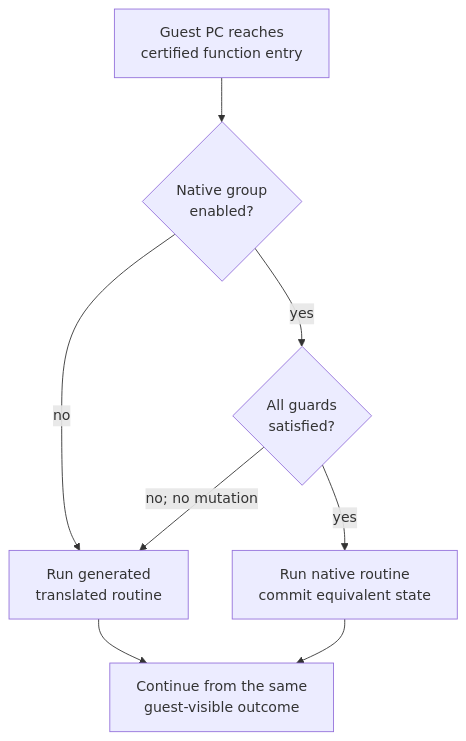
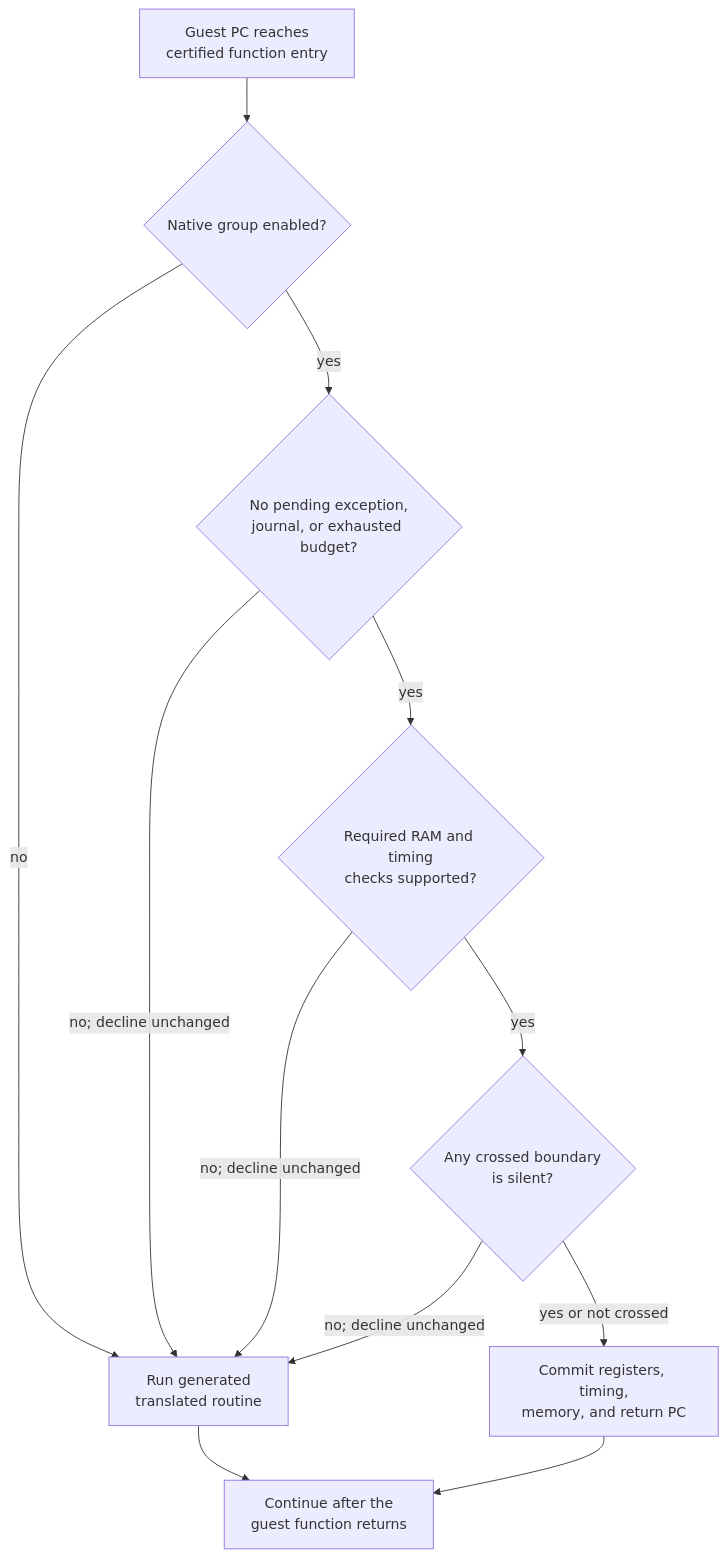
The fifth of 6 diagrams in docs/architecture/NativeRoutines.md (Aelbannan/boat_of_daphnes), drawn with Mermaid before and after one commit. The commit also changed other lines of this file, not shown here.

Commit message:
docs: define native guards and contract

````diff
--- a/docs/architecture/NativeRoutines.md
+++ b/docs/architecture/NativeRoutines.md
@@ -195,17 +198,23 @@
 ```mermaid
 flowchart TD
     PC["Guest PC reaches<br/>certified function entry"]
-    Enabled{"Native group<br/>enabled?"}
-    Guards{"All guards<br/>satisfied?"}
-    Native["Run native routine<br/>commit equivalent state"]
+    Enabled{"Native group enabled?"}
+    Ready{"No pending exception,<br/>journal, or exhausted budget?"}
+    Access{"Required RAM and timing<br/>checks supported?"}
+    Boundary{"Any crossed boundary<br/>is silent?"}
+    Native["Commit registers, timing,<br/>memory, and return PC"]
     Translation["Run generated<br/>translated routine"]
-    Continue["Continue from the same<br/>guest-visible outcome"]
+    Continue["Continue after the<br/>guest function returns"]
 
     PC --> Enabled
     Enabled -->|"no"| Translation
-    Enabled -->|"yes"| Guards
-    Guards -->|"no; no mutation"| Translation
-    Guards -->|"yes"| Native
+    Enabled -->|"yes"| Ready
+    Ready -->|"no; decline unchanged"| Translation
+    Ready -->|"yes"| Access
+    Access -->|"no; decline unchanged"| Translation
+    Access -->|"yes"| Boundary
+    Boundary -->|"no; decline unchanged"| Translation
+    Boundary -->|"yes or not crossed"| Native
     Translation --> Continue
     Native --> Continue
 ```
````
